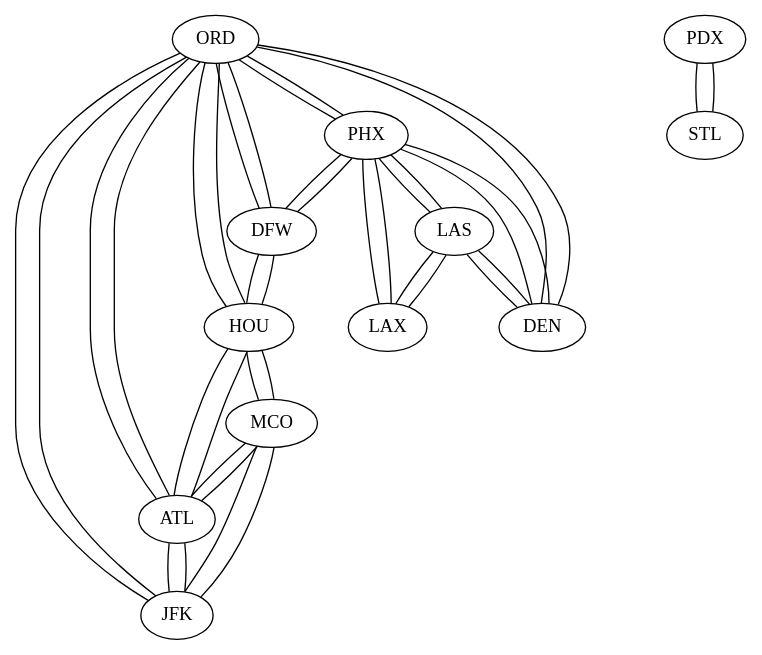
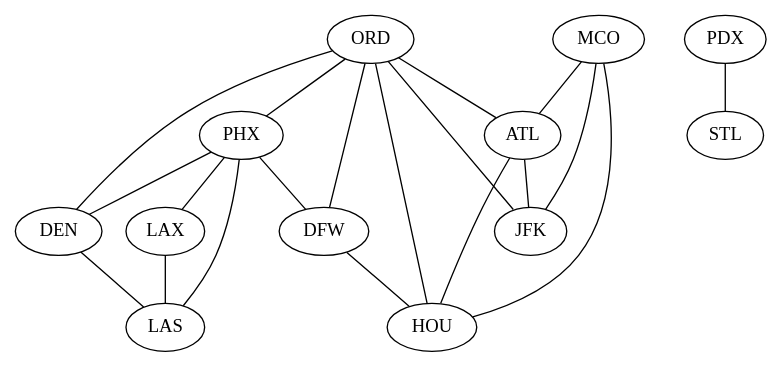
Before and after one commit to kuma-chang/accelerated_cs: the diagram in winter_2020/cs320/lab4/10X/routes.dot, drawn with Graphviz. The commit also changed 33 other files, not shown here.

```diff
--- a/winter_2020/cs320/lab4/10X/routes.dot
+++ b/winter_2020/cs320/lab4/10X/routes.dot
@@ -1,40 +1,21 @@
 graph routes {
 "ORD" -- "PHX"
 "ORD" -- "DFW"
 "ORD" -- "ATL"
 "ORD" -- "DEN"
 "ORD" -- "JFK"
 "ORD" -- "HOU"
-"PHX" -- "ORD"
 "PHX" -- "LAX"
 "PHX" -- "DFW"
 "PHX" -- "DEN"
 "PHX" -- "LAS"
-"LAX" -- "PHX"
 "LAX" -- "LAS"
-"DFW" -- "ORD"
-"DFW" -- "PHX"
 "DFW" -- "HOU"
 "PDX" -- "STL"
 "MCO" -- "ATL"
 "MCO" -- "JFK"
 "MCO" -- "HOU"
-"ATL" -- "ORD"
-"ATL" -- "MCO"
 "ATL" -- "JFK"
 "ATL" -- "HOU"
-"STL" -- "PDX"
-"DEN" -- "ORD"
-"DEN" -- "PHX"
 "DEN" -- "LAS"
-"JFK" -- "ORD"
-"JFK" -- "MCO"
-"JFK" -- "ATL"
-"HOU" -- "ORD"
-"HOU" -- "DFW"
-"HOU" -- "MCO"
-"HOU" -- "ATL"
-"LAS" -- "PHX"
-"LAS" -- "LAX"
-"LAS" -- "DEN"
 }
```
